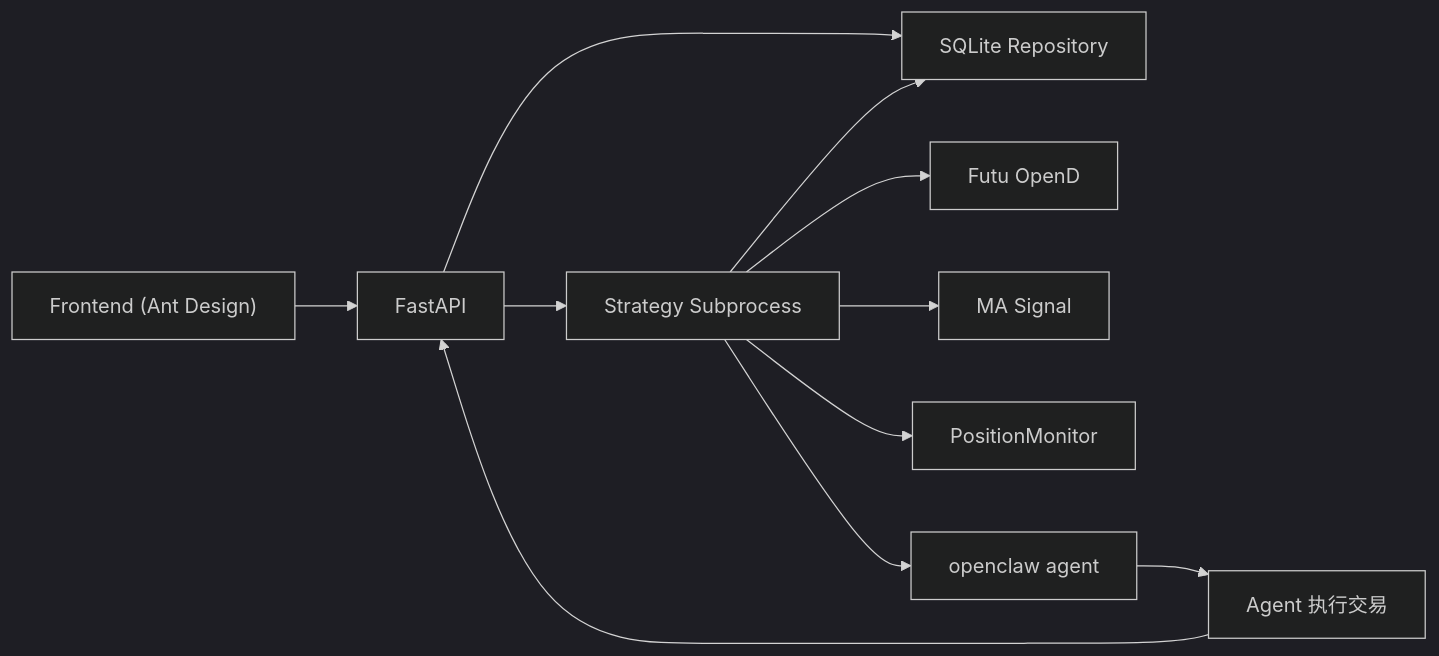
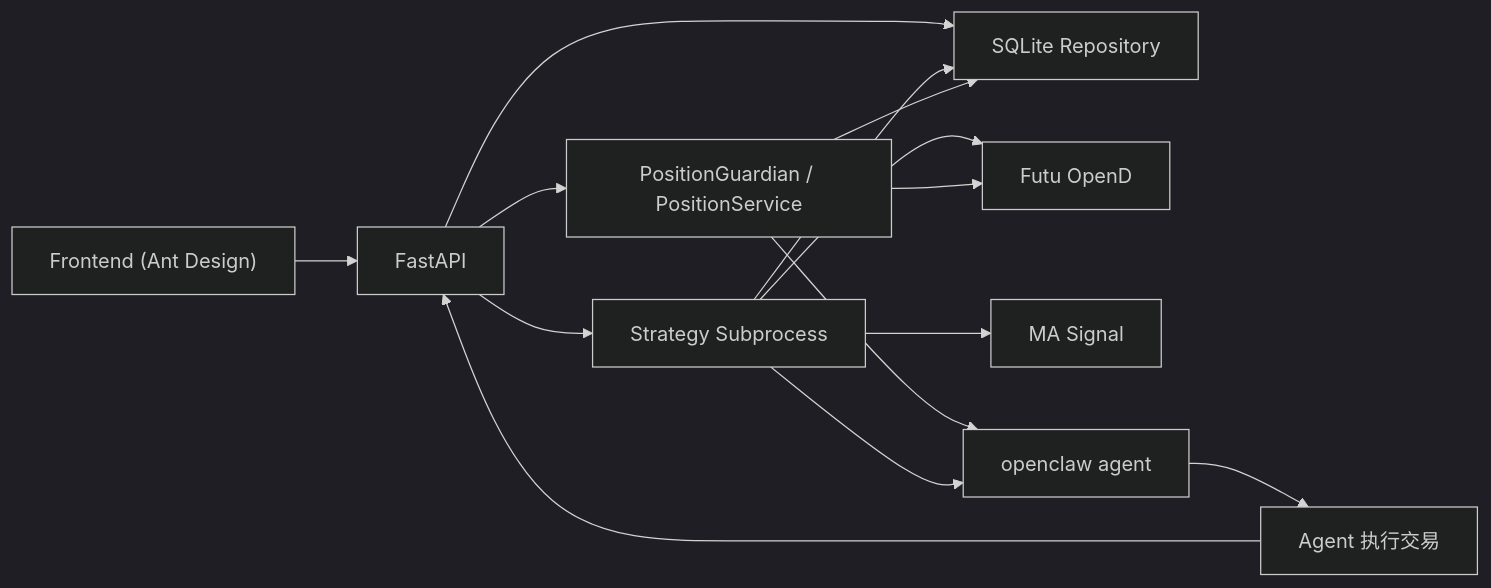
The diagram in README.md (JasperLai/quant-trading-system), drawn with Mermaid (dark theme) before and after one commit. The commit also changed other lines of this file and 10 other files, not shown here.

````diff
--- a/README.md
+++ b/README.md
@@ -39,13 +40,16 @@
 ```mermaid
 flowchart LR
     UI["Frontend (Ant Design)"] --> API["FastAPI"]
     API --> REPO["SQLite Repository"]
+    API --> GUARD["PositionGuardian / PositionService"]
     API --> PROC["Strategy Subprocess"]
     PROC --> OPEND["Futu OpenD"]
     PROC --> SIGNAL["MA Signal"]
-    PROC --> MON["PositionMonitor"]
+    GUARD --> OPEND
+    GUARD --> AGENT["openclaw agent"]
     PROC --> AGENT["openclaw agent"]
     AGENT --> EXEC["Agent 执行交易"]
     EXEC --> API
     PROC --> REPO
+    GUARD --> REPO
 ```
````
